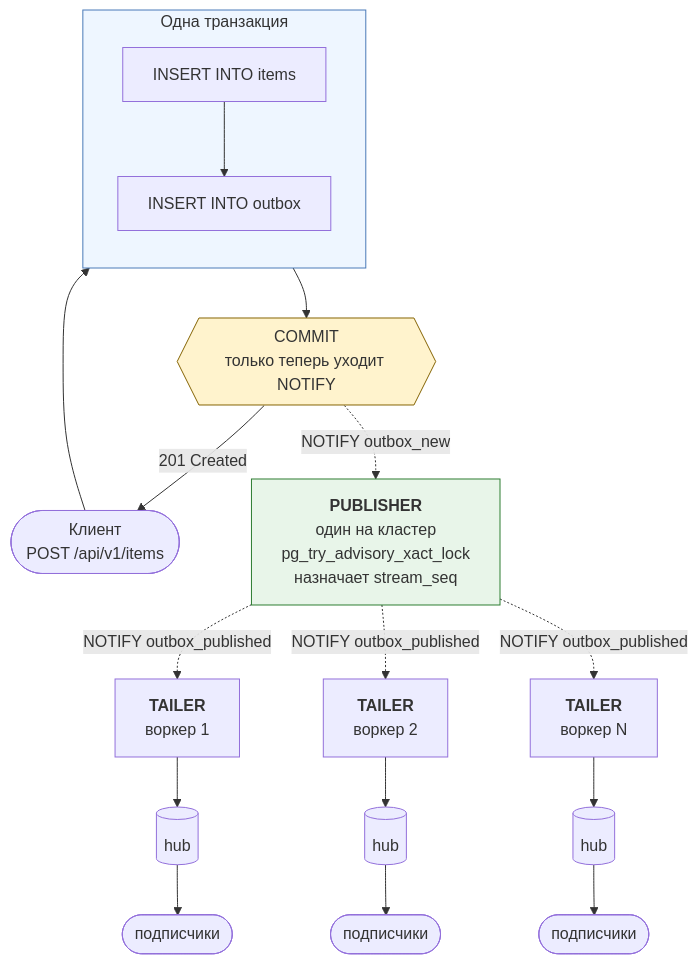
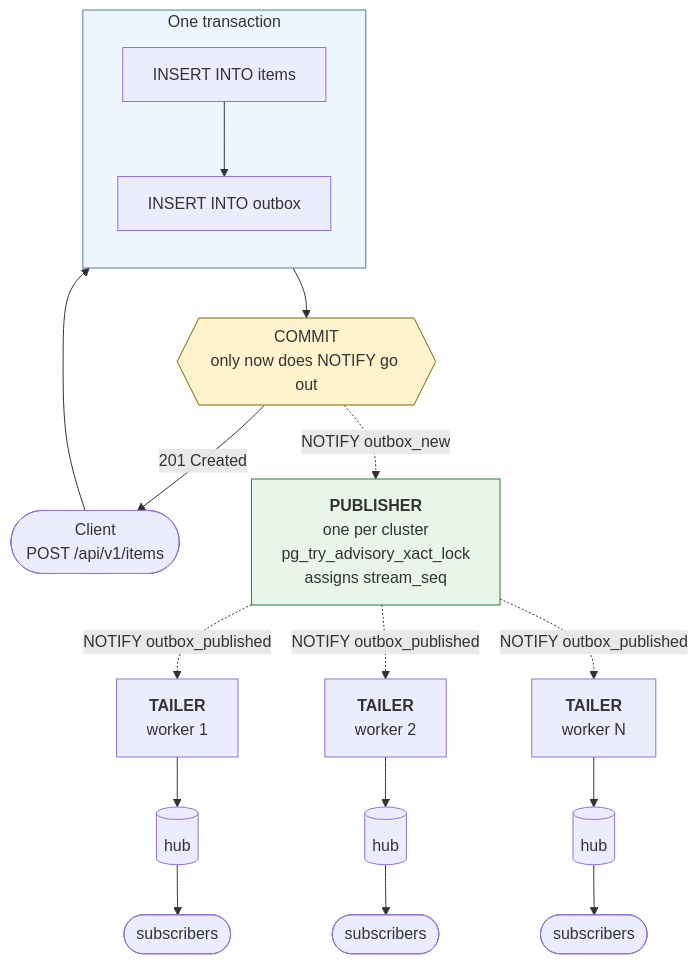
One commit to GogoLlll/Fastapi-cdc-service changed the diagram in README.md. Above: the diagram before and after it, drawn with Mermaid. The commit also changed other lines of this file and 1 other file, not shown here.

Commit message:
update readme and architecture

````diff
--- a/README.md
+++ b/README.md
@@ -215,43 +221,43 @@
 ```mermaid
 flowchart TB
-    client([Клиент<br/>POST /api/v1/items])
+    client([Client<br/>POST /api/v1/items])
 
-    subgraph txn["Одна транзакция"]
+    subgraph txn["One transaction"]
         direction TB
         i1[INSERT INTO items]
         i2[INSERT INTO outbox]
         i1 --> i2
     end
 
-    commit{{"COMMIT<br/>только теперь уходит NOTIFY"}}
+    commit{{"COMMIT<br/>only now does NOTIFY go out"}}
 
-    pub["<b>PUBLISHER</b><br/>один на кластер<br/>pg_try_advisory_xact_lock<br/>назначает stream_seq"]
+    pub["<b>PUBLISHER</b><br/>one per cluster<br/>pg_try_advisory_xact_lock<br/>assigns stream_seq"]
 
-    t1["<b>TAILER</b><br/>воркер 1"]
-    t2["<b>TAILER</b><br/>воркер 2"]
-    t3["<b>TAILER</b><br/>воркер N"]
+    t1["<b>TAILER</b><br/>worker 1"]
+    t2["<b>TAILER</b><br/>worker 2"]
+    t3["<b>TAILER</b><br/>worker N"]
 
     h1[("hub")]
     h2[("hub")]
     h3[("hub")]
 
-    s1([подписчики])
-    s2([подписчики])
-    s3([подписчики])
+    s1([subscribers])
+    s2([subscribers])
+    s3([subscribers])
 
     client --> txn --> commit
     commit -->|201 Created| client
     commit -.->|NOTIFY outbox_new| pub
 
     pub -.->|NOTIFY outbox_published| t1
     pub -.->|NOTIFY outbox_published| t2
     pub -.->|NOTIFY outbox_published| t3
 
     t1 --> h1 --> s1
     t2 --> h2 --> s2
     t3 --> h3 --> s3
 
     style txn fill:#eef6ff,stroke:#4a7ab8
     style commit fill:#fff3cd,stroke:#856404
     style pub fill:#e8f5e9,stroke:#2e7d32
 ```
````
